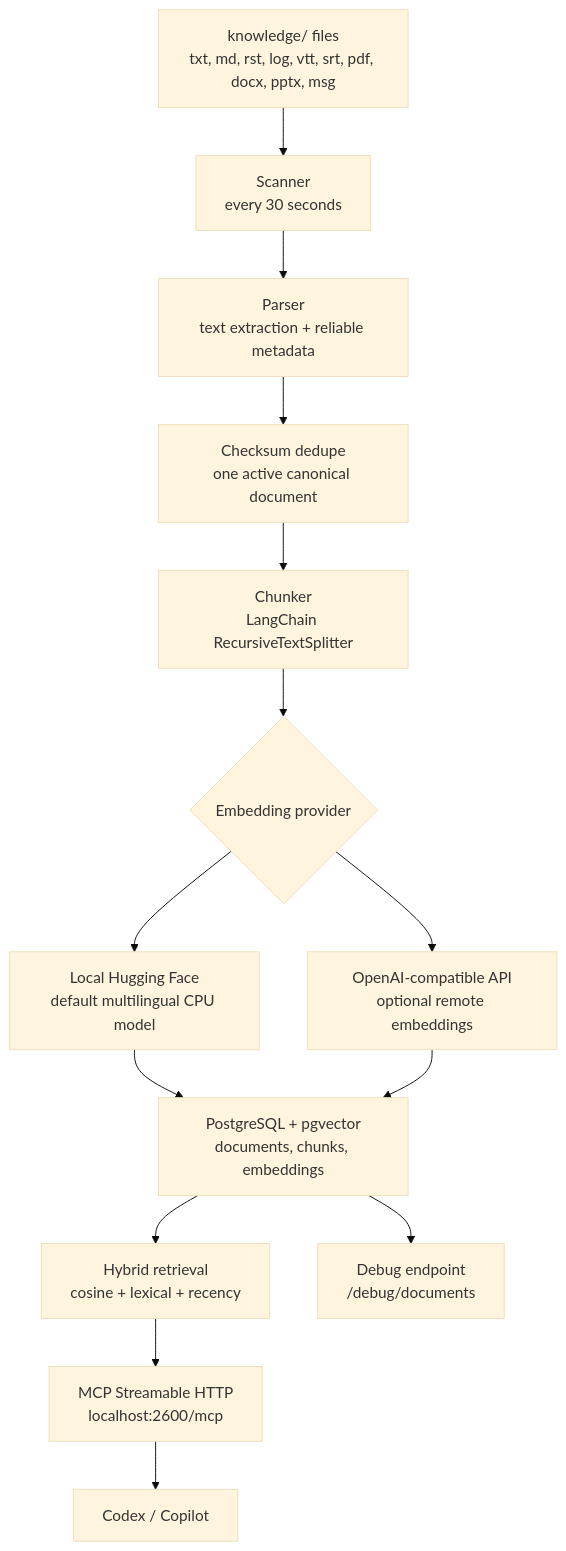
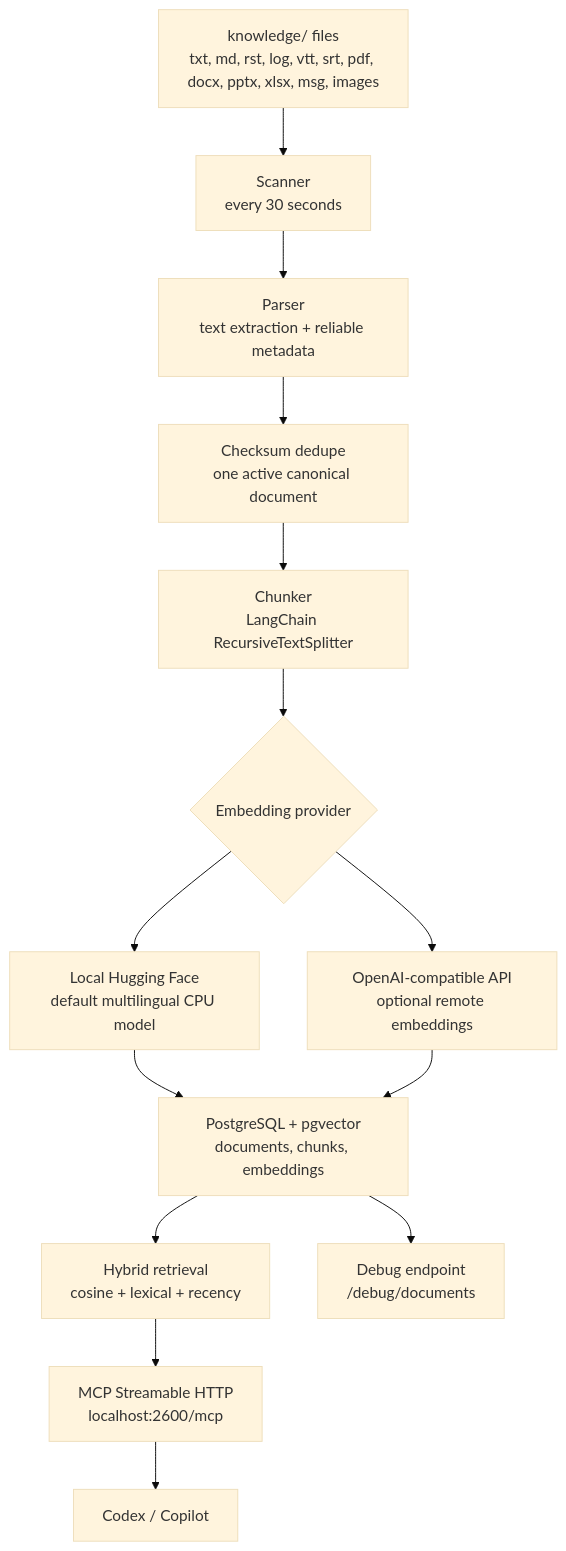
Before and after one commit to wgruszczyk/tpo-agentic-automation-document-memory-rag: the diagram in README.md, drawn with Mermaid (base theme). The commit also changed other lines of this file and 12 other files, not shown here.

````diff
--- a/README.md
+++ b/README.md
@@ -37,16 +37,16 @@
 ```mermaid
 flowchart TD
-    A["knowledge/ files<br/>txt, md, rst, log, vtt, srt, pdf, docx, pptx, msg"] --> B["Scanner<br/>every 30 seconds"]
+    A["knowledge/ files<br/>txt, md, rst, log, vtt, srt, pdf, docx, pptx, xlsx, msg, images"] --> B["Scanner<br/>every 30 seconds"]
     B --> C["Parser<br/>text extraction + reliable metadata"]
     C --> D["Checksum dedupe<br/>one active canonical document"]
     D --> E["Chunker<br/>LangChain RecursiveTextSplitter"]
     E --> F{"Embedding provider"}
     F --> G["Local Hugging Face<br/>default multilingual CPU model"]
     F --> H["OpenAI-compatible API<br/>optional remote embeddings"]
     G --> I["PostgreSQL + pgvector<br/>documents, chunks, embeddings"]
     H --> I
     I --> J["Hybrid retrieval<br/>cosine + lexical + recency"]
     J --> K["MCP Streamable HTTP<br/>localhost:2600/mcp"]
     I --> L["Debug endpoint<br/>/debug/documents"]
     K --> M["Codex / Copilot"]
 ```
````
